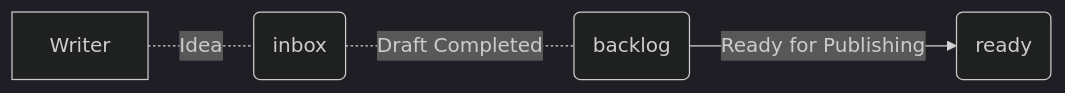
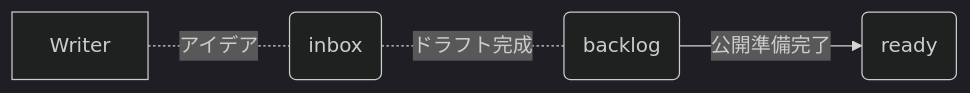
Before and after one commit to songkg7/songkg7.github.io: the third of 4 diagrams in i18n/jp/docusaurus-plugin-content-blog/2023-04-19/blog-posting-pipeline.md, drawn with Mermaid (dark theme). The commit also changed other lines of this file, not shown here.

````diff
--- a/i18n/jp/docusaurus-plugin-content-blog/2023-04-19/blog-posting-pipeline.md
+++ b/i18n/jp/docusaurus-plugin-content-blog/2023-04-19/blog-posting-pipeline.md
@@ -61,5 +61,5 @@
 ```mermaid
 flowchart LR
-    Writer -. Idea .- inbox(inbox) -. Draft Completed .- backlog(backlog)
-    backlog -- Ready for Publishing --> ready(ready)
+    Writer -. アイデア .- inbox(inbox) -. ドラフト完成 .- backlog(backlog)
+    backlog -- 公開準備完了 --> ready(ready)
 ```
````
